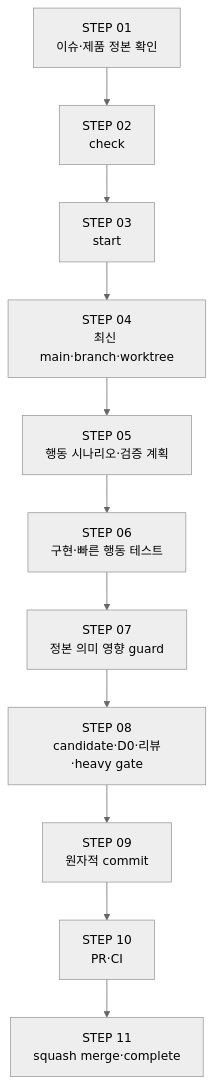
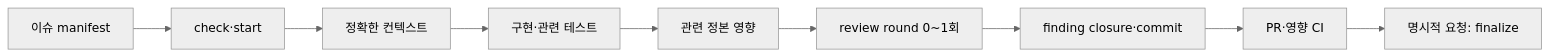
One commit to GoCalendar/LunchTime changed the diagram in docs/development/01_harness_guide.md. Above: the diagram before and after it, drawn with Mermaid (neutral theme). The commit also changed other lines of this file and 29 other files, not shown here.

````diff
--- a/docs/development/01_harness_guide.md
+++ b/docs/development/01_harness_guide.md
@@ -10,13 +9,11 @@
 ```mermaid
-flowchart TD
-    S01["STEP 01<br/>이슈·제품 정본 확인"] --> S02["STEP 02<br/>check"]
-    S02 --> S03["STEP 03<br/>start"]
-    S03 --> S04["STEP 04<br/>최신 main·branch·worktree"]
-    S04 --> S05["STEP 05<br/>행동 시나리오·검증 계획"]
-    S05 --> S06["STEP 06<br/>구현·빠른 행동 테스트"]
-    S06 --> S07["STEP 07<br/>정본 의미 영향 guard"]
-    S07 --> S08["STEP 08<br/>candidate·D0·리뷰·heavy gate"]
-    S08 --> S09["STEP 09<br/>원자적 commit"]
-    S09 --> S10["STEP 10<br/>PR·CI"]
-    S10 --> S11["STEP 11<br/>squash merge·complete"]
+flowchart LR
+    I["이슈 manifest"] --> S["check·start"]
+    S --> C["정확한 컨텍스트"]
+    C --> W["구현·관련 테스트"]
+    W --> D["관련 정본 영향"]
+    D --> R["review round 0~1회"]
+    R --> M["finding closure·commit"]
+    M --> P["PR·영향 CI"]
+    P --> F["명시적 요청: finalize"]
 ```
````
